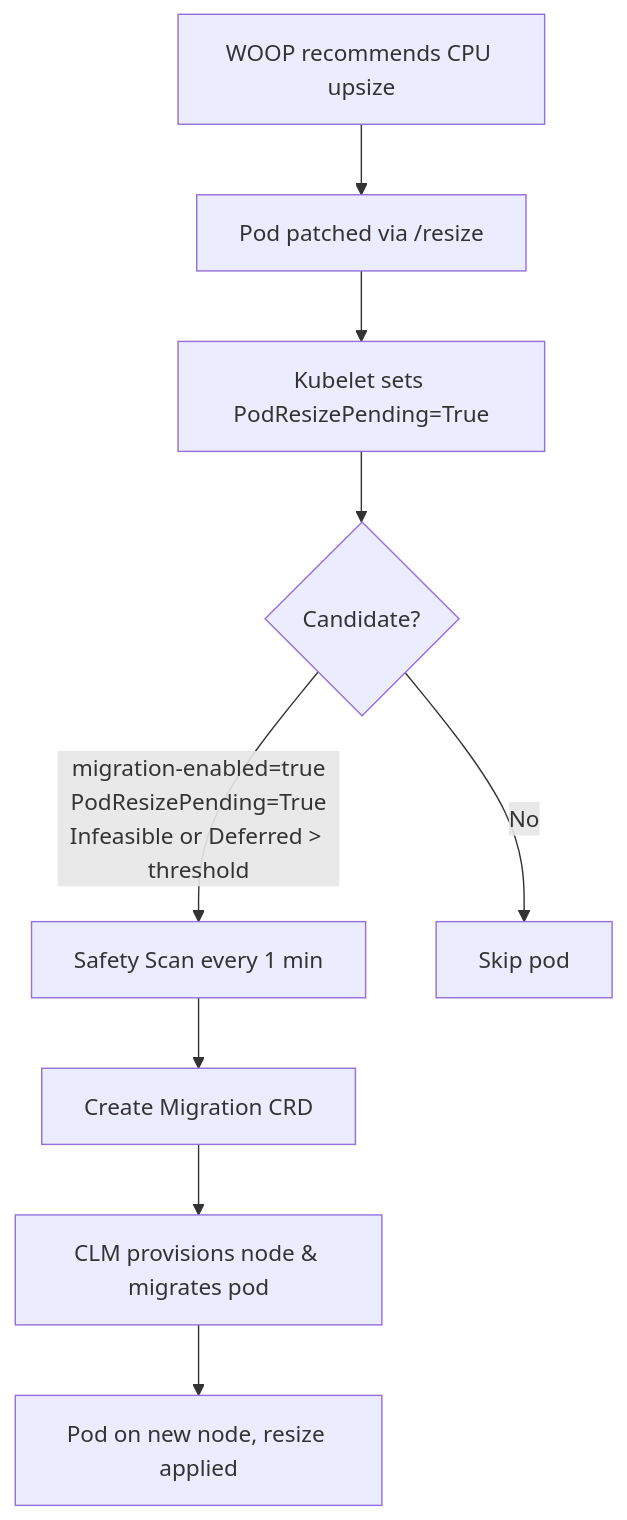
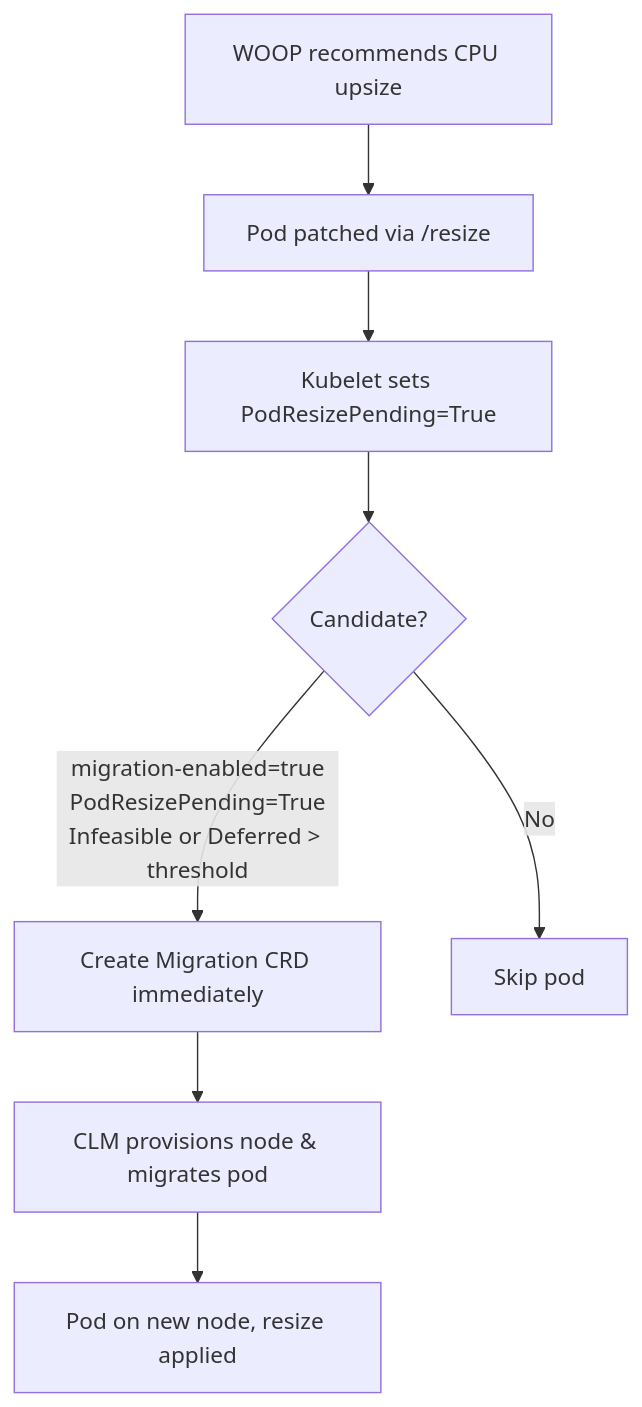
The diagram in README.md (ronakforcast/castai-workload-resize-migrator), drawn with Mermaid before and after one commit. The commit also changed other lines of this file and 6 other files, not shown here.

````diff
--- a/README.md
+++ b/README.md
@@ -31,11 +31,10 @@
 ```mermaid
 flowchart TD
     WOOP[WOOP recommends CPU upsize] --> Pod[Pod patched via /resize]
     Pod --> Kubelet[Kubelet sets PodResizePending=True]
     Kubelet --> Candidate{Candidate?}
-    Candidate -->|migration-enabled=true<br/>PodResizePending=True<br/>Infeasible or Deferred > threshold| SafetyScan[Safety Scan every 1 min]
+    Candidate -->|migration-enabled=true<br/>PodResizePending=True<br/>Infeasible or Deferred > threshold| Create[Create Migration CRD immediately]
     Candidate -->|No| Skip[Skip pod]
-    SafetyScan --> Create[Create Migration CRD]
     Create --> CLM[CLM provisions node & migrates pod]
     CLM --> Done[Pod on new node, resize applied]
 ```
````
